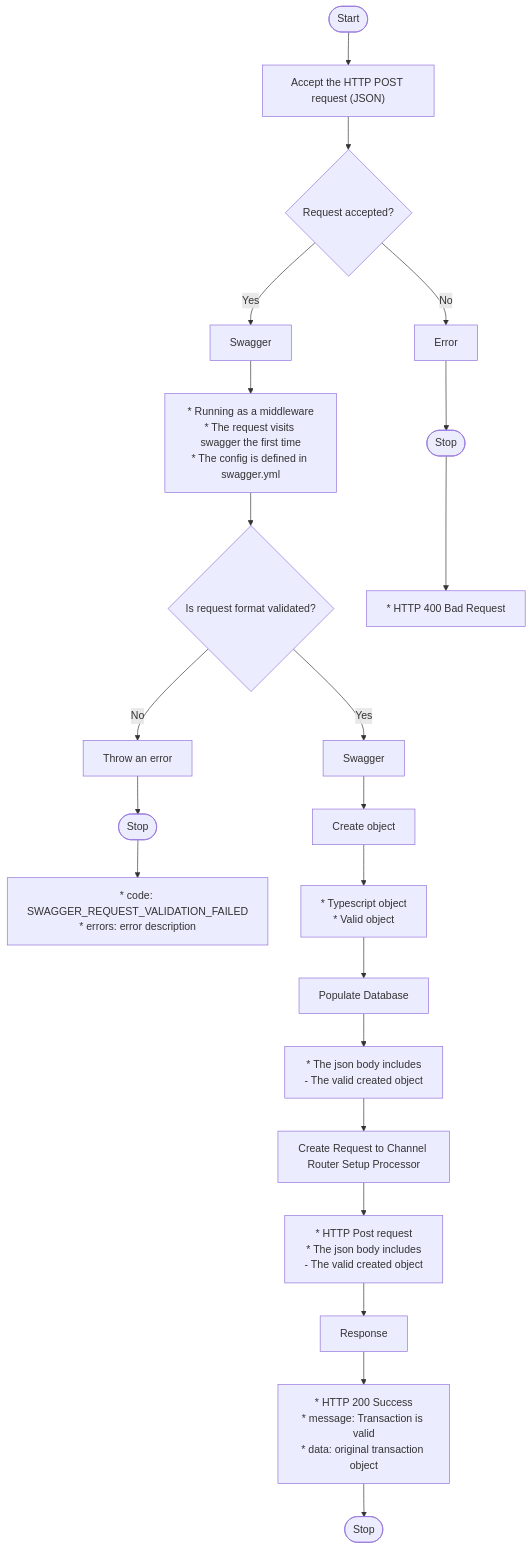
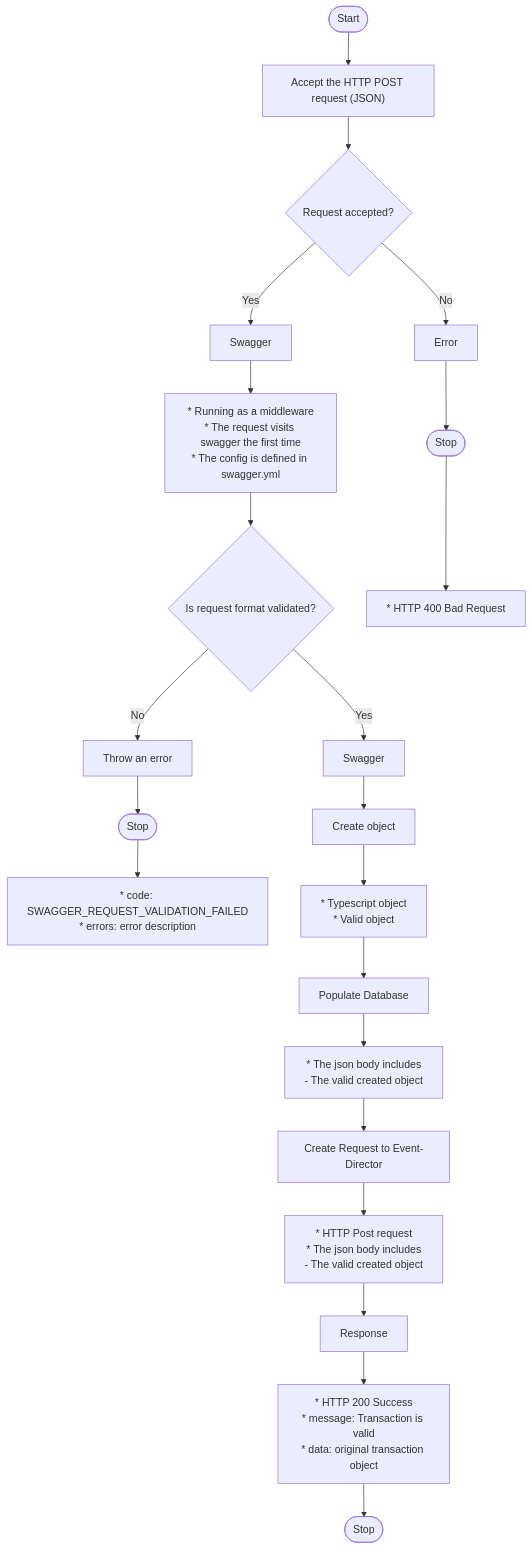
Before and after one commit to tazama-lf/tms-service: the second of 3 diagrams in README.md, drawn with Mermaid. The commit also changed other lines of this file and 1 other file, not shown here.

Commit message:
renamed CRSP mentions to Event-Director

````diff
--- a/README.md
+++ b/README.md
@@ -141,26 +141,26 @@
 ```mermaid
 flowchart TD
     start([Start]) --> acceptHttpRequest["Accept the HTTP POST request (JSON)"]
     acceptHttpRequest --> requestAccepted{Request accepted?}
     requestAccepted --> |Yes| swagger1[Swagger]
     swagger1 --> note1["* Running as a middleware\n* The request visits swagger the first time\n* The config is defined in swagger.yml"]
     note1 --> requestFormatValidated{Is request format validated?}
     requestFormatValidated --> |Yes| swagger2[Swagger]
     requestFormatValidated --> |No| throwError[Throw an error]
     throwError --> stop1([Stop])
     stop1 --> noteError1["* code: SWAGGER_REQUEST_VALIDATION_FAILED\n* errors: error description"]
     
     requestAccepted --> |No| errorResponse[Error]
     errorResponse --> stop2([Stop])
     stop2 --> noteError2["* HTTP 400 Bad Request"]
     
     swagger2 --> createObject[Create object]
     createObject --> noteCreateObject["* Typescript object\n* Valid object"]
     noteCreateObject --> populateDatabase[Populate Database]
     populateDatabase --> notePopulateDatabase["* The json body includes\n - The valid created object"]
-    notePopulateDatabase --> createRequest[Create Request to Channel Router Setup Processor]
+    notePopulateDatabase --> createRequest[Create Request to Event-Director]
     createRequest --> noteCreateRequest["* HTTP Post request\n* The json body includes\n - The valid created object"]
     noteCreateRequest --> response[Response]
     response --> noteResponse["* HTTP 200 Success\n* message: Transaction is valid\n* data: original transaction object"]
     noteResponse --> stop3([Stop])
 ```
````
